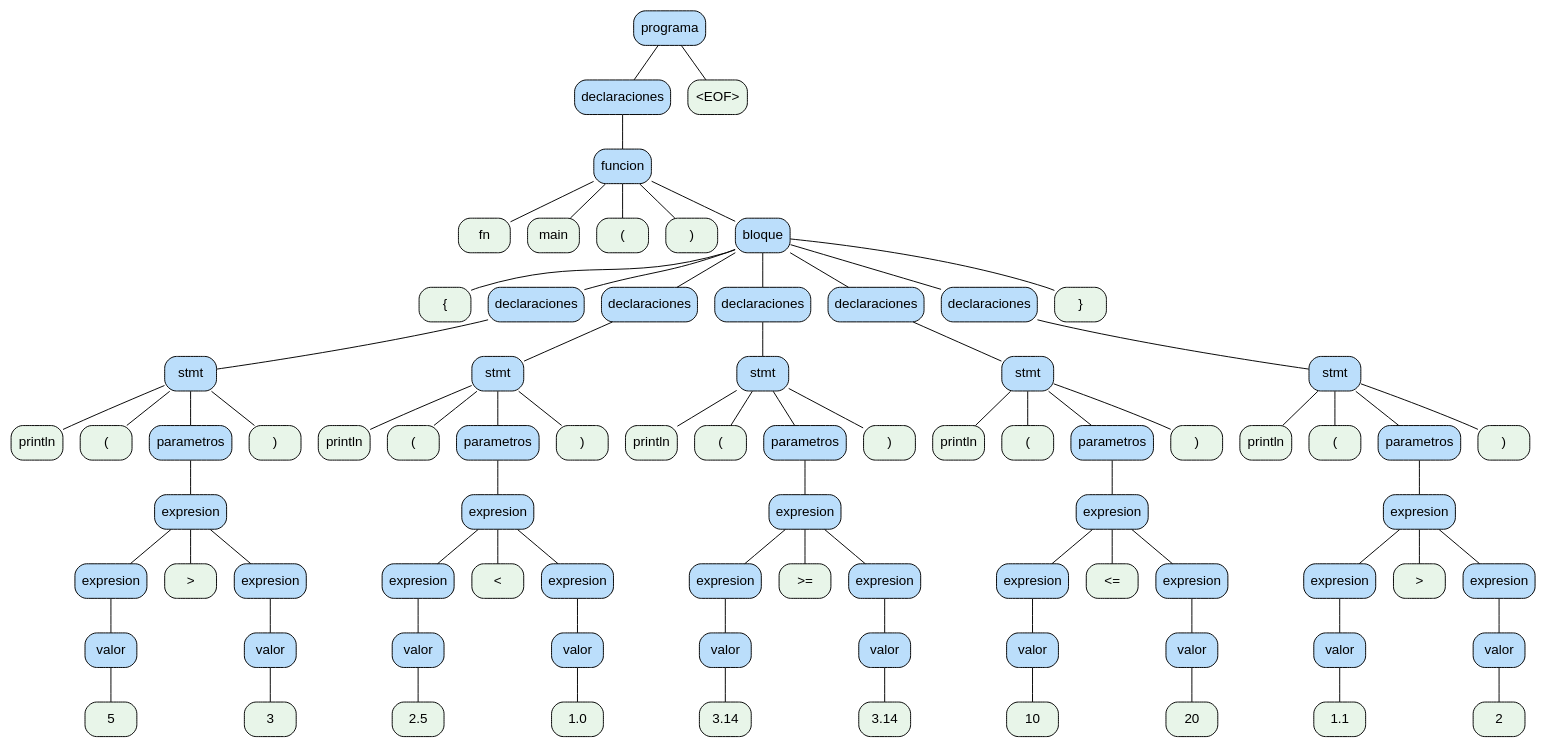
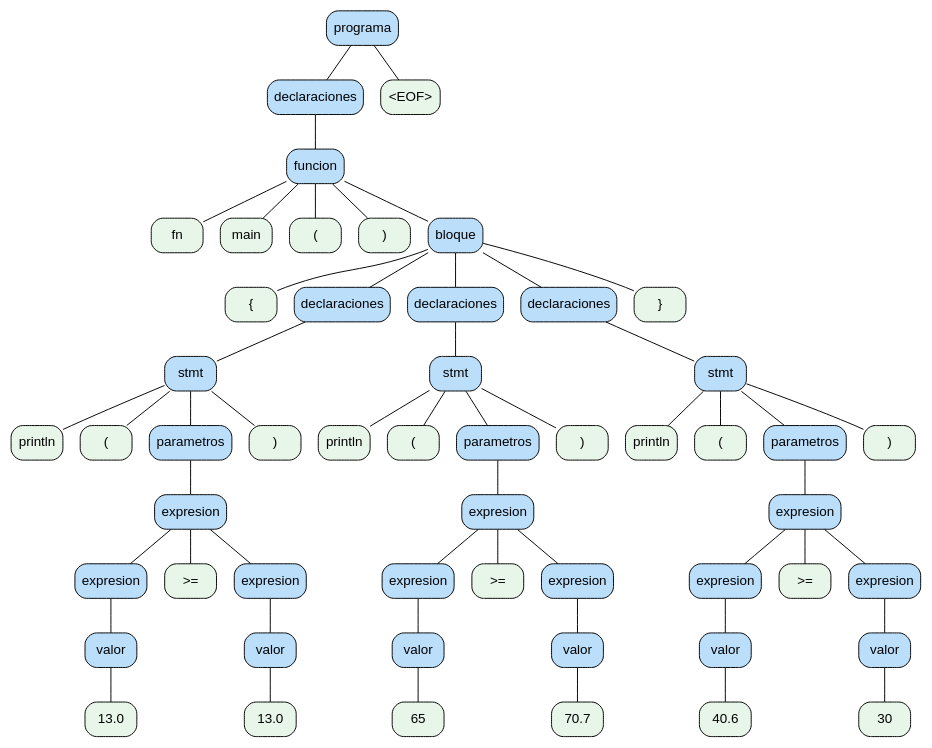
One commit to YairCarrito45/-OLC2_Proyecto2_G19 changed the diagram in ast.dot. Above: the diagram before and after it, drawn with Graphviz. The commit also changed 5 other files, not shown here.

```diff
--- a/ast.dot
+++ b/ast.dot
@@ -1,165 +1,109 @@
 digraph G {
   node [shape=box, style="rounded,filled", fontname="Arial"];
   edge [arrowhead=none];
   0 [label="programa", fillcolor="#bbdefb"];
   1 [label="declaraciones", fillcolor="#bbdefb"];
   2 [label="funcion", fillcolor="#bbdefb"];
   3 [label="fn", fillcolor="#e8f5e9"];
   2 -> 3;
   4 [label="main", fillcolor="#e8f5e9"];
   2 -> 4;
   5 [label="(", fillcolor="#e8f5e9"];
   2 -> 5;
   6 [label=")", fillcolor="#e8f5e9"];
   2 -> 6;
   7 [label="bloque", fillcolor="#bbdefb"];
   8 [label="{", fillcolor="#e8f5e9"];
   7 -> 8;
   9 [label="declaraciones", fillcolor="#bbdefb"];
   10 [label="stmt", fillcolor="#bbdefb"];
   11 [label="println", fillcolor="#e8f5e9"];
   10 -> 11;
   12 [label="(", fillcolor="#e8f5e9"];
   10 -> 12;
   13 [label="parametros", fillcolor="#bbdefb"];
   14 [label="expresion", fillcolor="#bbdefb"];
   15 [label="expresion", fillcolor="#bbdefb"];
   16 [label="valor", fillcolor="#bbdefb"];
-  17 [label="5", fillcolor="#e8f5e9"];
+  17 [label="13.0", fillcolor="#e8f5e9"];
   16 -> 17;
   15 -> 16;
   14 -> 15;
-  18 [label=">", fillcolor="#e8f5e9"];
+  18 [label=">=", fillcolor="#e8f5e9"];
   14 -> 18;
   19 [label="expresion", fillcolor="#bbdefb"];
   20 [label="valor", fillcolor="#bbdefb"];
-  21 [label="3", fillcolor="#e8f5e9"];
+  21 [label="13.0", fillcolor="#e8f5e9"];
   20 -> 21;
   19 -> 20;
   14 -> 19;
   13 -> 14;
   10 -> 13;
   22 [label=")", fillcolor="#e8f5e9"];
   10 -> 22;
   9 -> 10;
   7 -> 9;
   23 [label="declaraciones", fillcolor="#bbdefb"];
   24 [label="stmt", fillcolor="#bbdefb"];
   25 [label="println", fillcolor="#e8f5e9"];
   24 -> 25;
   26 [label="(", fillcolor="#e8f5e9"];
   24 -> 26;
   27 [label="parametros", fillcolor="#bbdefb"];
   28 [label="expresion", fillcolor="#bbdefb"];
   29 [label="expresion", fillcolor="#bbdefb"];
   30 [label="valor", fillcolor="#bbdefb"];
-  31 [label="2.5", fillcolor="#e8f5e9"];
+  31 [label="65", fillcolor="#e8f5e9"];
   30 -> 31;
   29 -> 30;
   28 -> 29;
-  32 [label="<", fillcolor="#e8f5e9"];
+  32 [label=">=", fillcolor="#e8f5e9"];
   28 -> 32;
   33 [label="expresion", fillcolor="#bbdefb"];
   34 [label="valor", fillcolor="#bbdefb"];
-  35 [label="1.0", fillcolor="#e8f5e9"];
+  35 [label="70.7", fillcolor="#e8f5e9"];
   34 -> 35;
   33 -> 34;
   28 -> 33;
   27 -> 28;
   24 -> 27;
   36 [label=")", fillcolor="#e8f5e9"];
   24 -> 36;
   23 -> 24;
   7 -> 23;
   37 [label="declaraciones", fillcolor="#bbdefb"];
   38 [label="stmt", fillcolor="#bbdefb"];
   39 [label="println", fillcolor="#e8f5e9"];
   38 -> 39;
   40 [label="(", fillcolor="#e8f5e9"];
   38 -> 40;
   41 [label="parametros", fillcolor="#bbdefb"];
   42 [label="expresion", fillcolor="#bbdefb"];
   43 [label="expresion", fillcolor="#bbdefb"];
   44 [label="valor", fillcolor="#bbdefb"];
-  45 [label="3.14", fillcolor="#e8f5e9"];
+  45 [label="40.6", fillcolor="#e8f5e9"];
   44 -> 45;
   43 -> 44;
   42 -> 43;
   46 [label=">=", fillcolor="#e8f5e9"];
   42 -> 46;
   47 [label="expresion", fillcolor="#bbdefb"];
   48 [label="valor", fillcolor="#bbdefb"];
-  49 [label="3.14", fillcolor="#e8f5e9"];
+  49 [label="30", fillcolor="#e8f5e9"];
   48 -> 49;
   47 -> 48;
   42 -> 47;
   41 -> 42;
   38 -> 41;
   50 [label=")", fillcolor="#e8f5e9"];
   38 -> 50;
   37 -> 38;
   7 -> 37;
-  51 [label="declaraciones", fillcolor="#bbdefb"];
-  52 [label="stmt", fillcolor="#bbdefb"];
-  53 [label="println", fillcolor="#e8f5e9"];
-  52 -> 53;
-  54 [label="(", fillcolor="#e8f5e9"];
-  52 -> 54;
-  55 [label="parametros", fillcolor="#bbdefb"];
-  56 [label="expresion", fillcolor="#bbdefb"];
-  57 [label="expresion", fillcolor="#bbdefb"];
-  58 [label="valor", fillcolor="#bbdefb"];
-  59 [label="10", fillcolor="#e8f5e9"];
-  58 -> 59;
-  57 -> 58;
-  56 -> 57;
-  60 [label="<=", fillcolor="#e8f5e9"];
-  56 -> 60;
-  61 [label="expresion", fillcolor="#bbdefb"];
-  62 [label="valor", fillcolor="#bbdefb"];
-  63 [label="20", fillcolor="#e8f5e9"];
-  62 -> 63;
-  61 -> 62;
-  56 -> 61;
-  55 -> 56;
-  52 -> 55;
-  64 [label=")", fillcolor="#e8f5e9"];
-  52 -> 64;
-  51 -> 52;
+  51 [label="}", fillcolor="#e8f5e9"];
   7 -> 51;
-  65 [label="declaraciones", fillcolor="#bbdefb"];
-  66 [label="stmt", fillcolor="#bbdefb"];
-  67 [label="println", fillcolor="#e8f5e9"];
-  66 -> 67;
-  68 [label="(", fillcolor="#e8f5e9"];
-  66 -> 68;
-  69 [label="parametros", fillcolor="#bbdefb"];
-  70 [label="expresion", fillcolor="#bbdefb"];
-  71 [label="expresion", fillcolor="#bbdefb"];
-  72 [label="valor", fillcolor="#bbdefb"];
-  73 [label="1.1", fillcolor="#e8f5e9"];
-  72 -> 73;
-  71 -> 72;
-  70 -> 71;
-  74 [label=">", fillcolor="#e8f5e9"];
-  70 -> 74;
-  75 [label="expresion", fillcolor="#bbdefb"];
-  76 [label="valor", fillcolor="#bbdefb"];
-  77 [label="2", fillcolor="#e8f5e9"];
-  76 -> 77;
-  75 -> 76;
-  70 -> 75;
-  69 -> 70;
-  66 -> 69;
-  78 [label=")", fillcolor="#e8f5e9"];
-  66 -> 78;
-  65 -> 66;
-  7 -> 65;
-  79 [label="}", fillcolor="#e8f5e9"];
-  7 -> 79;
   2 -> 7;
   1 -> 2;
   0 -> 1;
-  80 [label="<EOF>", fillcolor="#e8f5e9"];
-  0 -> 80;
+  52 [label="<EOF>", fillcolor="#e8f5e9"];
+  0 -> 52;
 }
```
